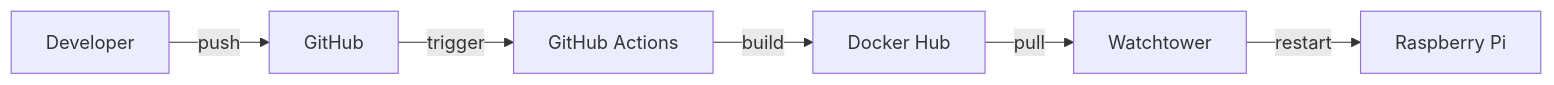
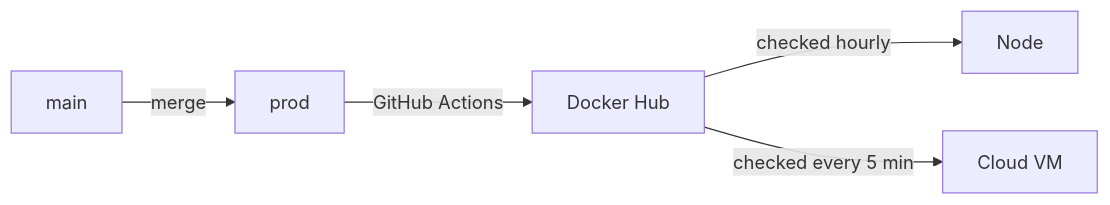
One commit to GreenThumbProject/docs changed the diagram in docs/development/ci-cd.md. Above: the diagram before and after it, drawn with Mermaid. The commit also changed other lines of this file and 36 other files, not shown here.

````diff
--- a/docs/development/ci-cd.md
+++ b/docs/development/ci-cd.md
@@ -7,8 +11,7 @@
 ```mermaid
 graph LR
-    DEV[Developer] -->|push| GH[GitHub]
-    GH -->|trigger| GA[GitHub Actions]
-    GA -->|build| DH[Docker Hub]
-    DH -->|pull| WT[Watchtower]
-    WT -->|restart| RPI[Raspberry Pi]
+    MAIN[main] -->|merge| PROD[prod]
+    PROD -->|GitHub Actions| HUB[Docker Hub]
+    HUB -->|checked hourly| NODE[Node]
+    HUB -->|checked every 5 min| VM[Cloud VM]
 ```
````
